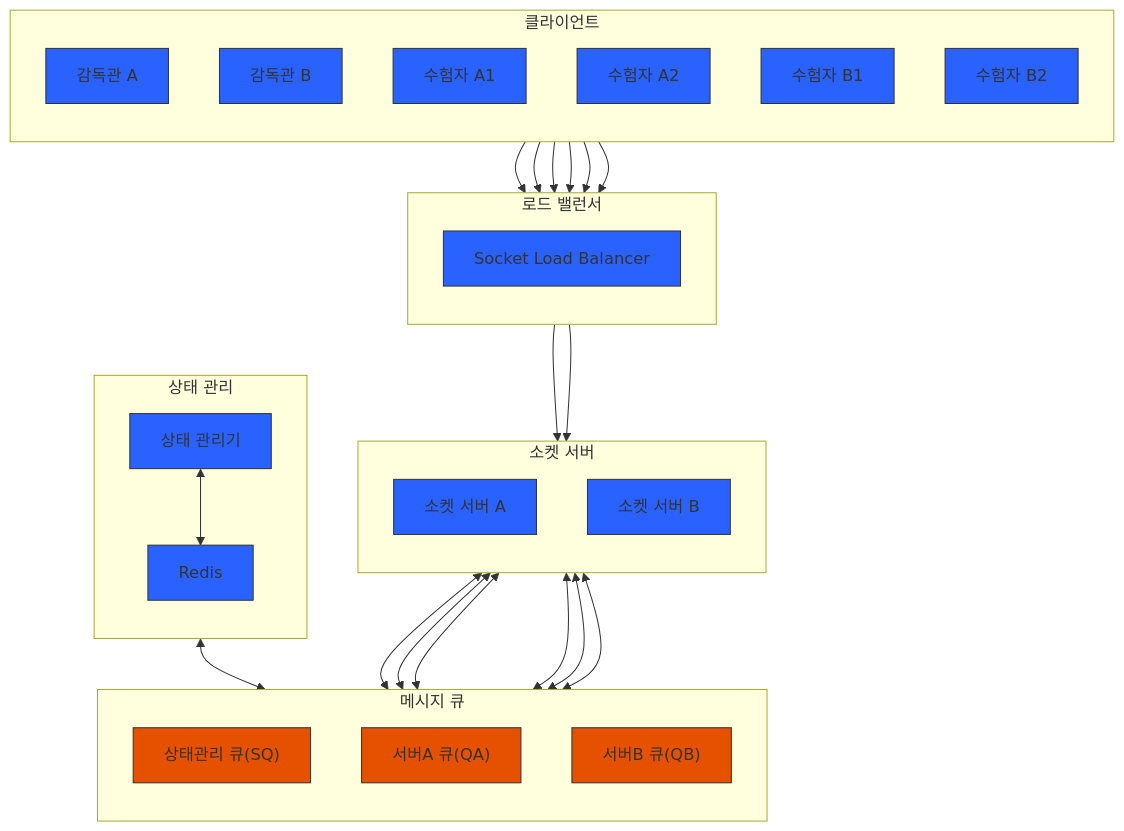
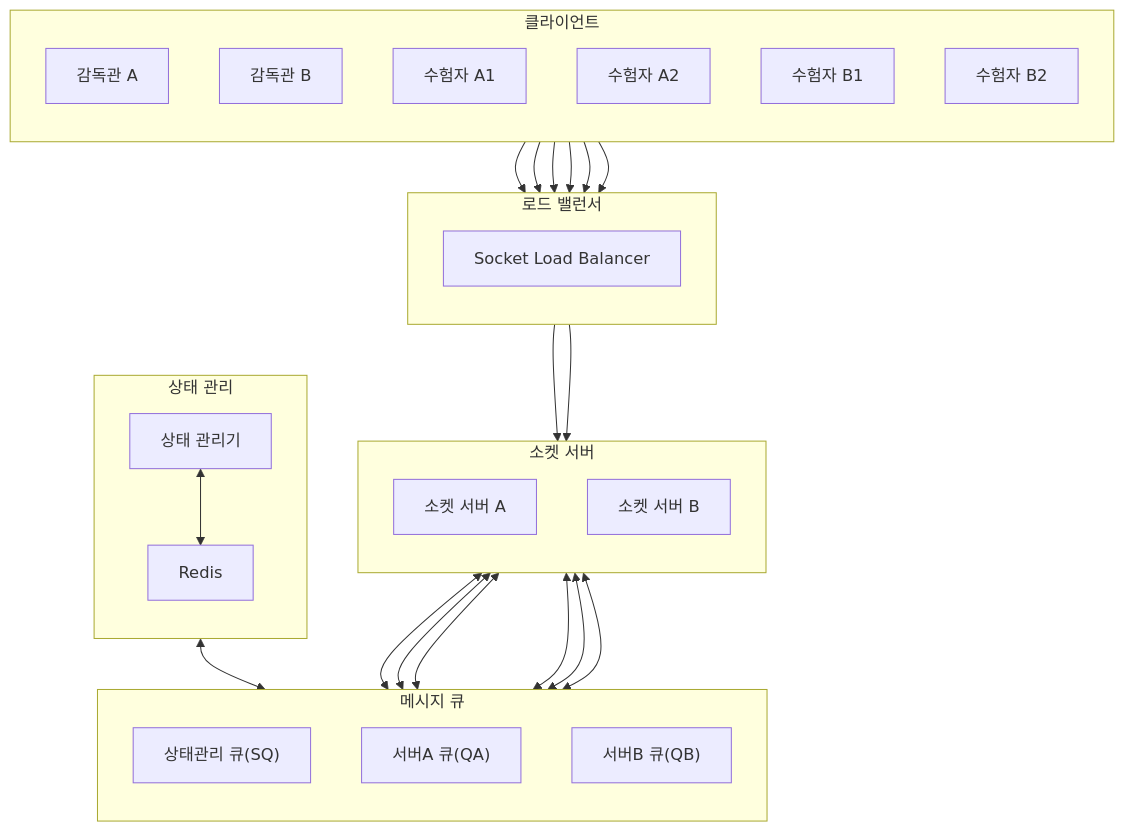
The first of 3 diagrams in 시나리오/07 분산 소켓 서버 환경 시나리오.md (ldmrepo/exam-arch), drawn with Mermaid before and after one commit. The commit also changed other lines of this file, not shown here.

Commit message:
상태 처리 다이어그램의 스타일 및 텍스트 수정

````diff
--- a/시나리오/07 분산 소켓 서버 환경 시나리오.md
+++ b/시나리오/07 분산 소켓 서버 환경 시나리오.md
@@ -18,72 +18,61 @@
 ```mermaid
 flowchart TB
     subgraph Clients["클라이언트"]
         direction TB
         SA["감독관 A"]
         SB["감독관 B"]
         CA1["수험자 A1"]
         CA2["수험자 A2"]
         CB1["수험자 B1"]
         CB2["수험자 B2"]
     end
 
     subgraph LB["로드 밸런서"]
         direction TB
         LBS["Socket Load Balancer"]
     end
 
     subgraph Servers["소켓 서버"]
         direction TB
         SS1["소켓 서버 A"]
         SS2["소켓 서버 B"]
     end
 
     subgraph Queue["메시지 큐"]
         direction TB
         SQ["상태관리 큐(SQ)"]
         QA["서버A 큐(QA)"]
         QB["서버B 큐(QB)"]
     end
 
     subgraph StateManagement["상태 관리"]
         direction TB
         SM["상태 관리기"]
         RD["Redis"]
     end
 
     %% 클라이언트 연결
     CA1 --> LBS
     CA2 --> LBS
     CB1 --> LBS
     CB2 --> LBS
     SA --> LBS
     SB --> LBS
 
     %% 로드밸런서 연결
     LBS --> SS1
     LBS --> SS2
 
     %% 소켓서버와 큐 연결
     SS1 <--> QA
     SS1 <--> QB
     SS2 <--> QA
     SS2 <--> QB
     SS1 <--> SQ
     SS2 <--> SQ
 
     %% 상태관리 연결
     SM <--> SQ
     SM <--> RD
 
-    %% 스타일
-    classDef client fill:#2962ff,stroke:#333
-    classDef server fill:#2962ff,stroke:#333
-    classDef queue fill:#e65100,stroke:#333
-    classDef state fill:#2962ff,stroke:#333
-
-    class SA,SB,CA1,CA2,CB1,CB2 client
-    class SS1,SS2,LBS server
-    class SQ,QA,QB queue
-    class SM,RD state
-
 ```
````
